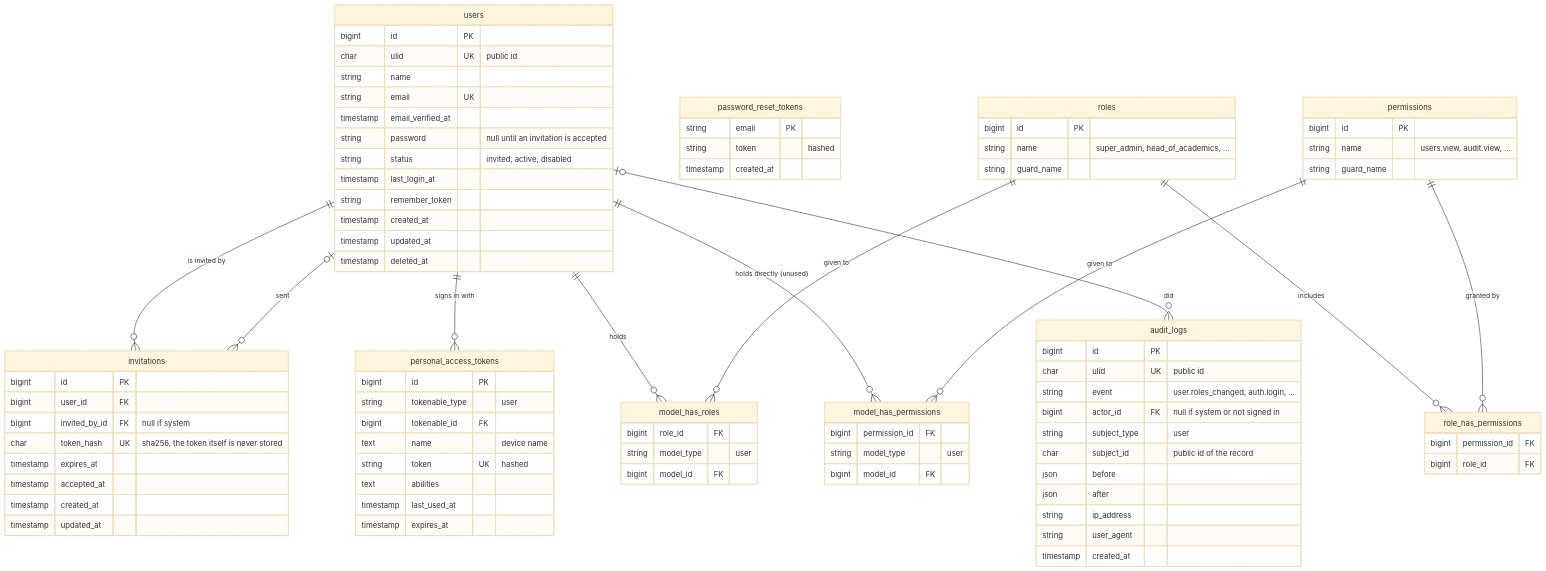
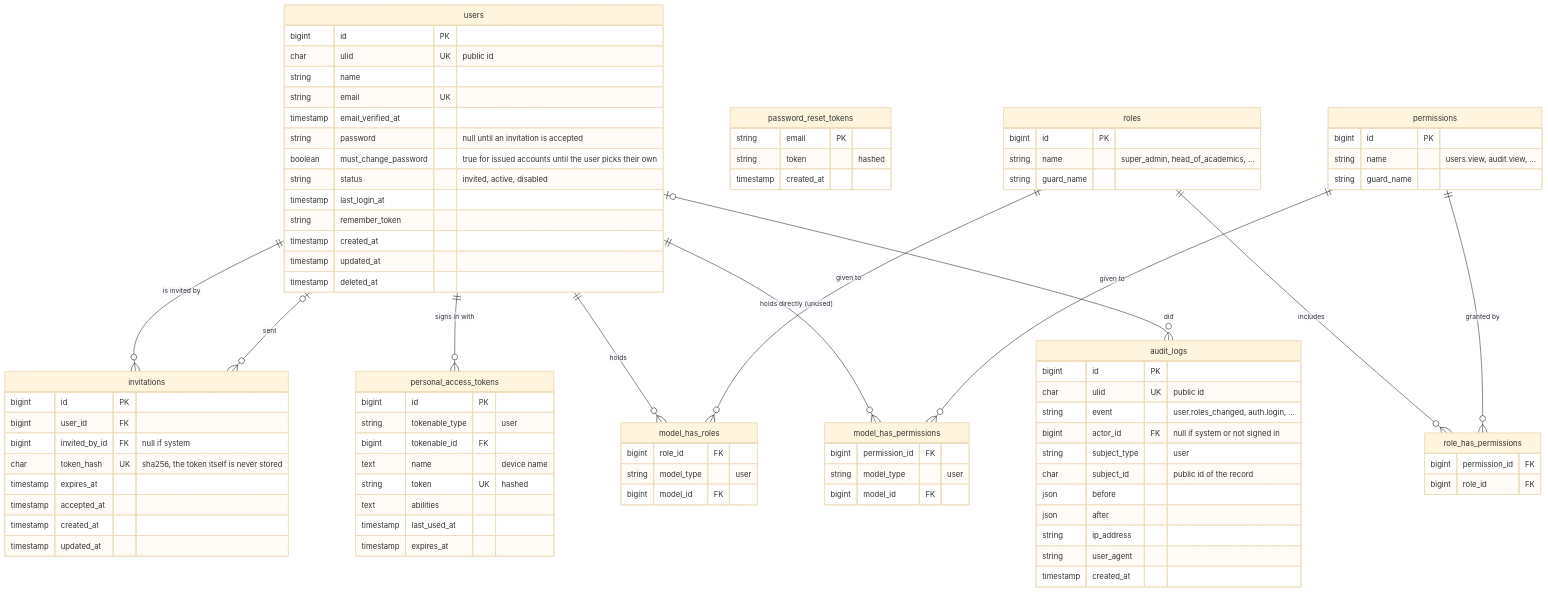
Before and after one commit to Iddrissmus/lems-backend: the diagram in docs/erd.md, drawn with Mermaid (base theme). The commit also changed 14 other files, not shown here.

```diff
--- a/docs/erd.md
+++ b/docs/erd.md
@@ -18,6 +18,7 @@
         string email UK
         timestamp email_verified_at
         string password "null until an invitation is accepted"
+        boolean must_change_password "true for issued accounts until the user picks their own"
         string status "invited, active, disabled"
         timestamp last_login_at
         string remember_token
```
